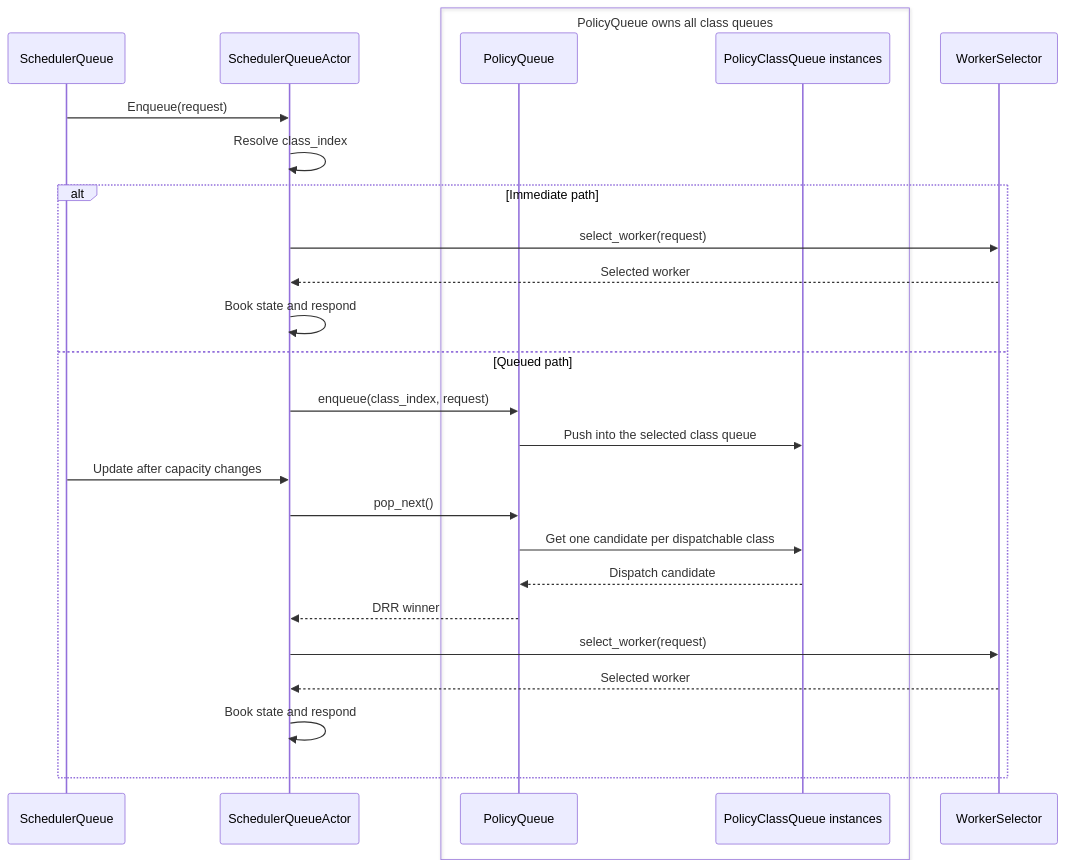
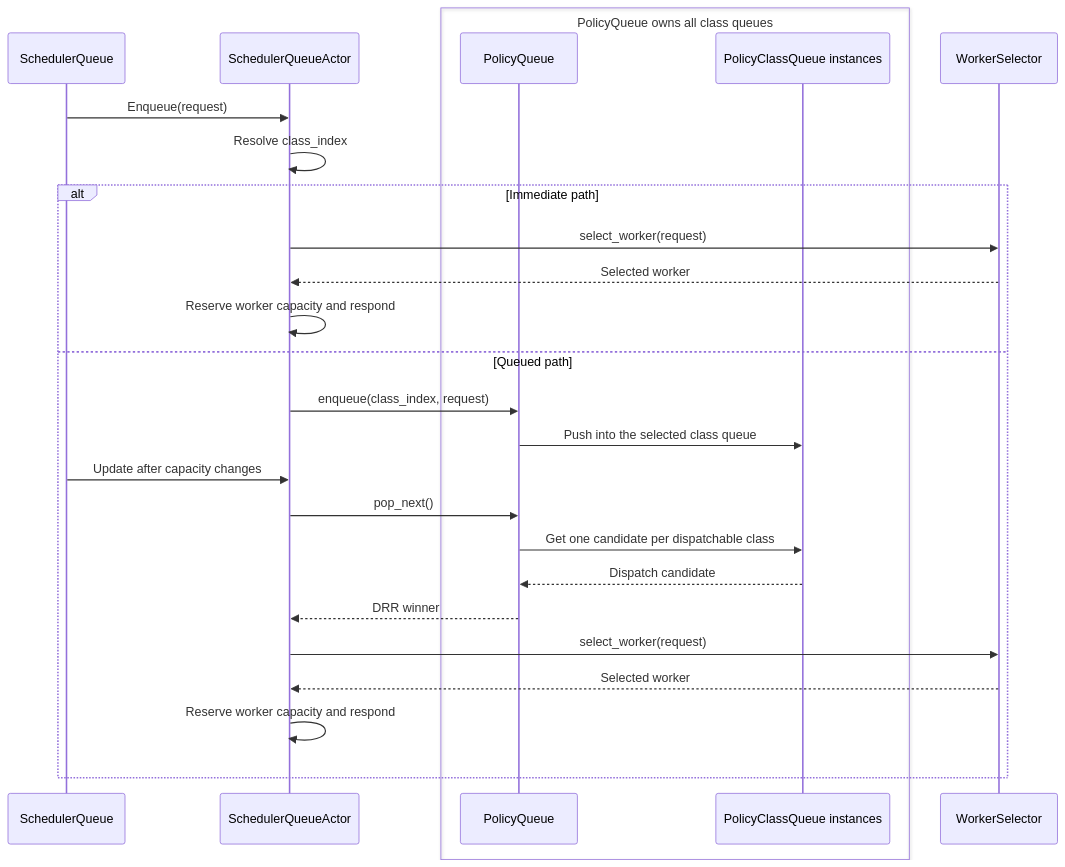
One commit to ai-dynamo/dynamo changed the diagram in lib/kv-router/src/scheduling/CLAUDE.md. Above: the diagram before and after it, drawn with Mermaid. The commit also changed other lines of this file and 2 other files, not shown here.

````diff
--- a/lib/kv-router/src/scheduling/CLAUDE.md
+++ b/lib/kv-router/src/scheduling/CLAUDE.md
@@ -10,29 +9,29 @@
 ```mermaid
 sequenceDiagram
     participant H as SchedulerQueue
     participant A as SchedulerQueueActor
     box PolicyQueue owns all class queues
         participant P as PolicyQueue
         participant C as PolicyClassQueue instances
     end
     participant S as WorkerSelector
 
     H->>A: Enqueue(request)
     A->>A: Resolve class_index
     alt Immediate path
         A->>S: select_worker(request)
         S-->>A: Selected worker
-        A->>A: Book state and respond
+        A->>A: Reserve worker capacity and respond
     else Queued path
         A->>P: enqueue(class_index, request)
         P->>C: Push into the selected class queue
         H->>A: Update after capacity changes
         A->>P: pop_next()
         P->>C: Get one candidate per dispatchable class
         C-->>P: Dispatch candidate
         P-->>A: DRR winner
         A->>S: select_worker(request)
         S-->>A: Selected worker
-        A->>A: Book state and respond
+        A->>A: Reserve worker capacity and respond
     end
 ```
````
